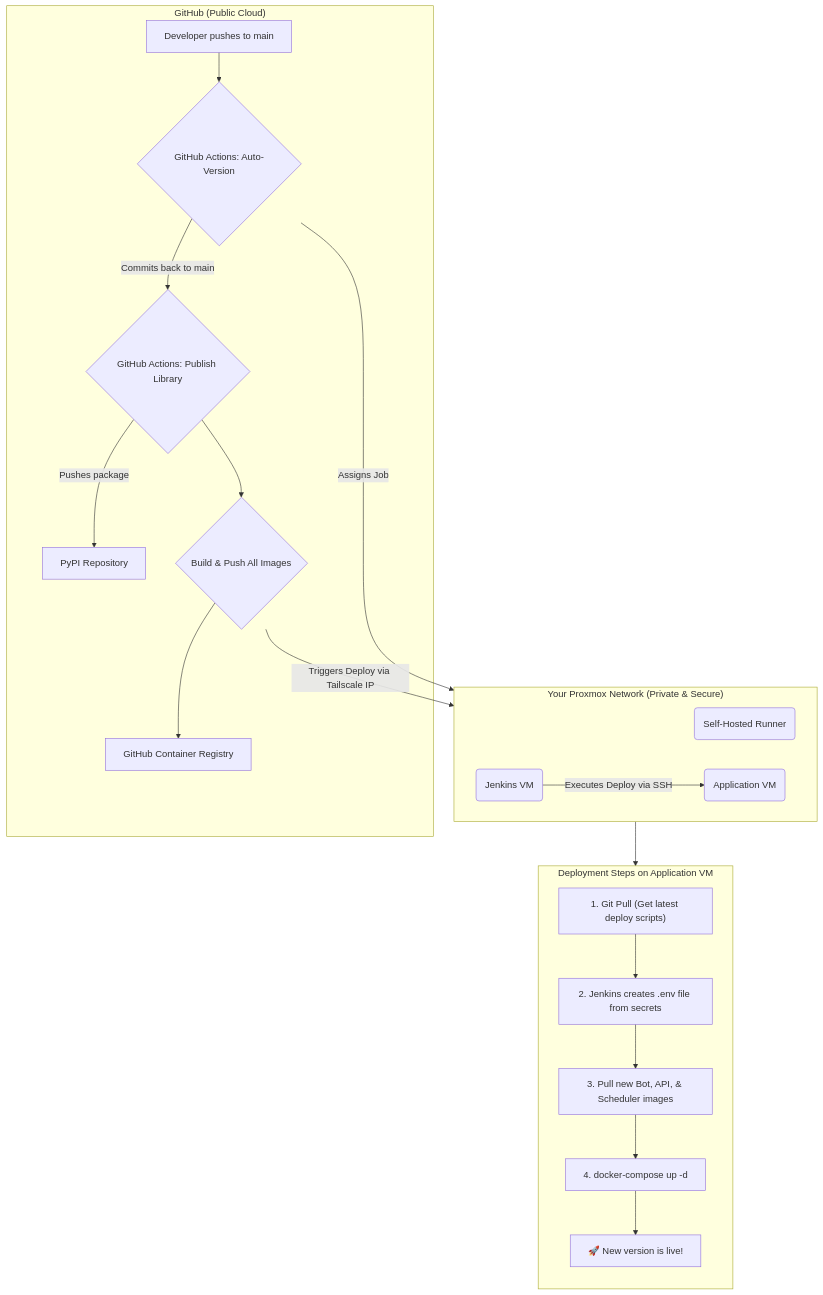
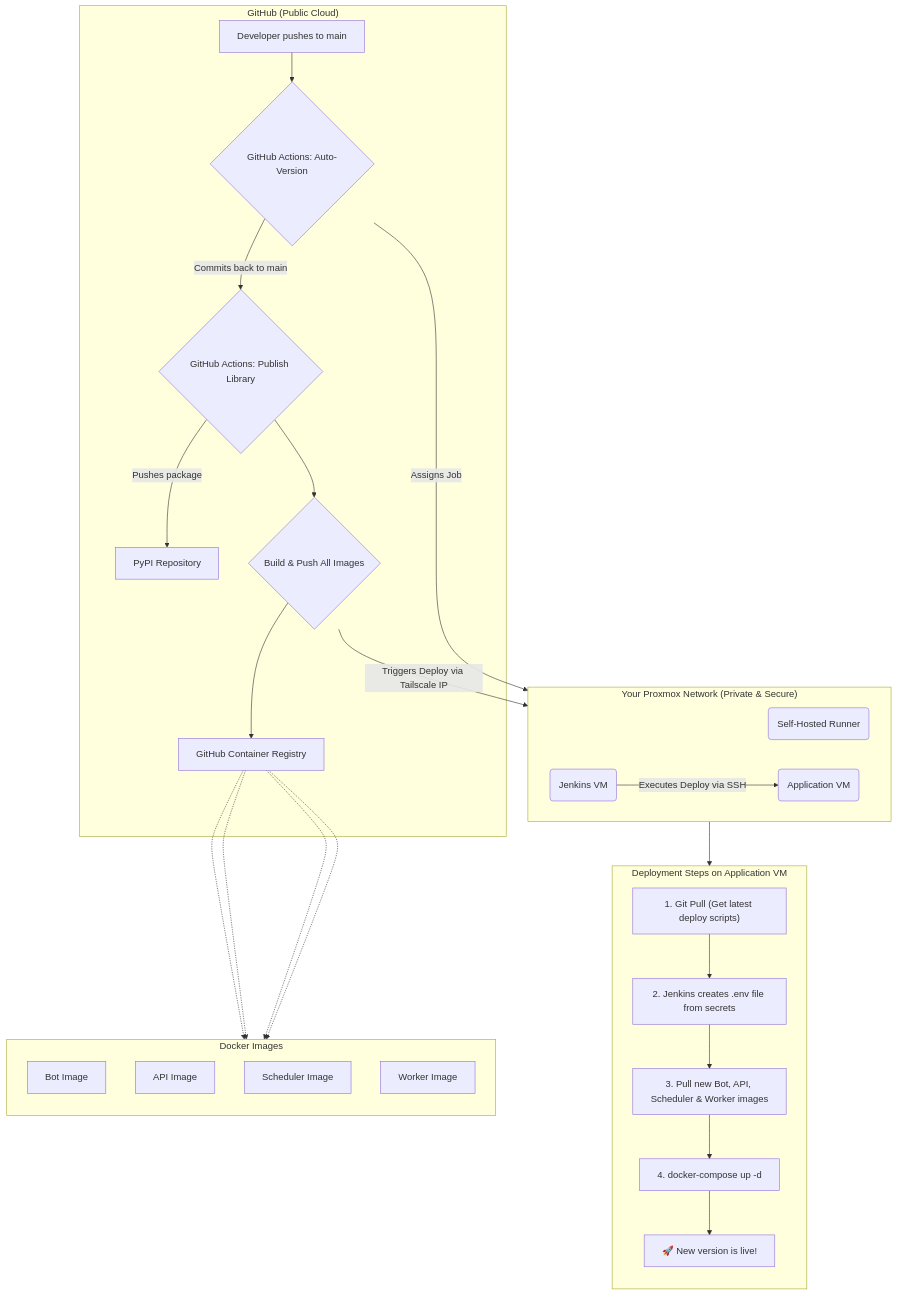
The third of 3 diagrams in README.md (Ackrome/matplobbot), drawn with Mermaid before and after one commit. The commit also changed other lines of this file and 13 other files, not shown here.

````diff
--- a/README.md
+++ b/README.md
@@ -324,31 +404,39 @@
 ```mermaid
 graph TD
     subgraph "GitHub (Public Cloud)"
         A[Developer pushes to main] --> B{GitHub Actions: Auto-Version};
         B --> |Commits back to main| C{GitHub Actions: Publish Library};
         C --> |Pushes package| D[PyPI Repository];
         C --> E{Build & Push All Images};
         E --> F[GitHub Container Registry];
+    end
+
+    subgraph "Docker Images"
+        direction TB
+        F -.-> Img1[Bot Image];
+        F -.-> Img2[API Image];
+        F -.-> Img3[Scheduler Image];
+        F -.-> Img4[Worker Image];
     end
 
     subgraph "Your Proxmox Network (Private & Secure)"
         direction LR
         G(Self-Hosted Runner)
         H(Jenkins VM)
         I(Application VM)
 
         E -- "Triggers Deploy via Tailscale IP" --> H;
         H -- "Executes Deploy via SSH" --> I;
     end
     
     B -- "Assigns Job" --> G;
 
     subgraph "Deployment Steps on Application VM"
         direction TB
         I --> J["1. Git Pull (Get latest deploy scripts)"];
         J --> K["2. Jenkins creates .env file from secrets"];
-        K --> L["3. Pull new Bot, API, & Scheduler images"];
+        K --> L["3. Pull new Bot, API, Scheduler & Worker images"];
         L --> M["4. docker-compose up -d"];
         M --> N[🚀 New version is live!];
     end
 ```
````
